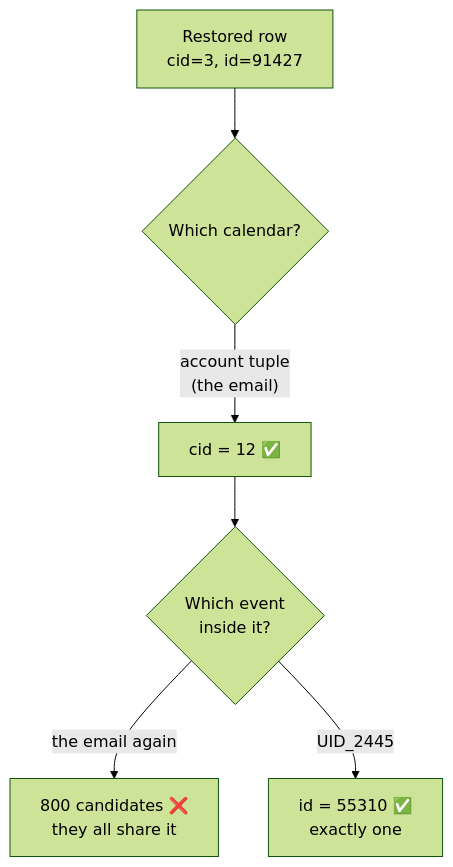
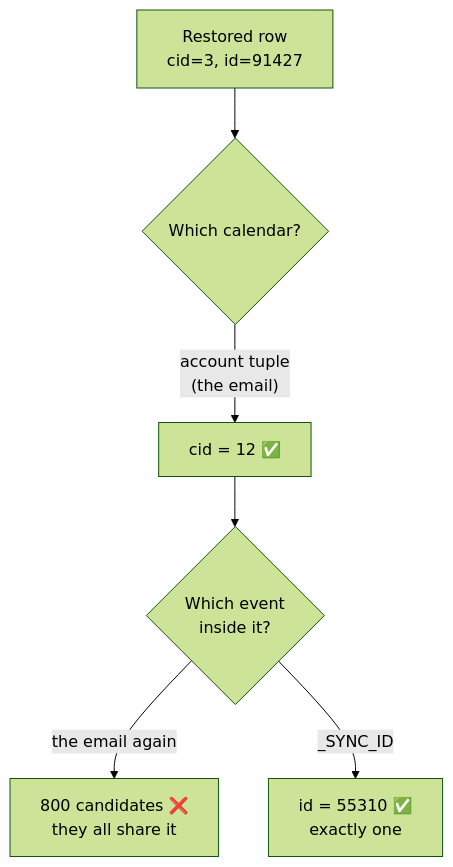
The first of 3 diagrams in docs/dev_todo/portable_event_identity.md (williscool/CalendarNotification), drawn with Mermaid (forest theme) before and after one commit. The commit also changed other lines of this file and 11 other files, not shown here.

````diff
--- a/docs/dev_todo/portable_event_identity.md
+++ b/docs/dev_todo/portable_event_identity.md
@@ -170,8 +171,8 @@
 ```mermaid
 flowchart TD
     A["Restored row<br/>cid=3, id=91427"] --> B{"Which calendar?"}
     B -->|"account tuple<br/>(the email)"| C["cid = 12 ✅"]
     C --> D{"Which event<br/>inside it?"}
     D -->|"the email again"| E["800 candidates ❌<br/>they all share it"]
-    D -->|"UID_2445"| F["id = 55310 ✅<br/>exactly one"]
+    D -->|"_SYNC_ID"| F["id = 55310 ✅<br/>exactly one"]
 ```
````
